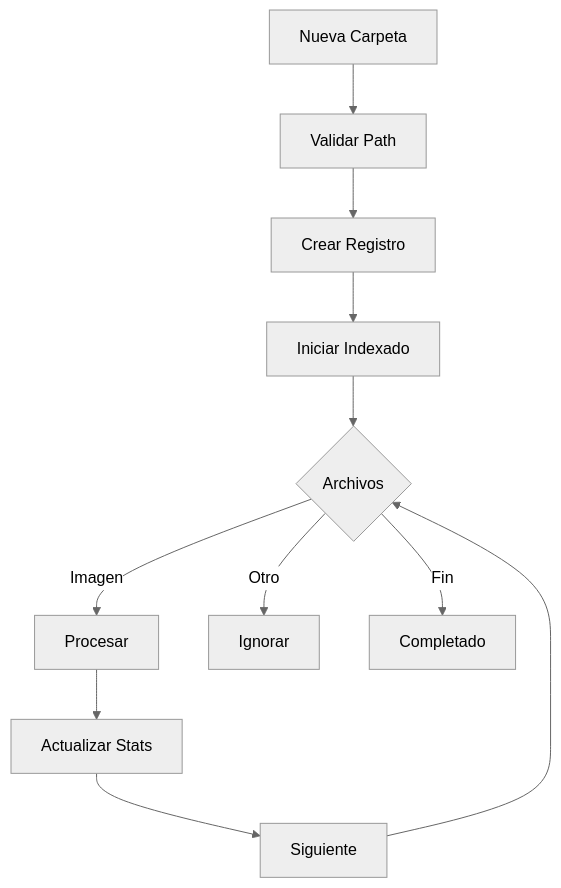
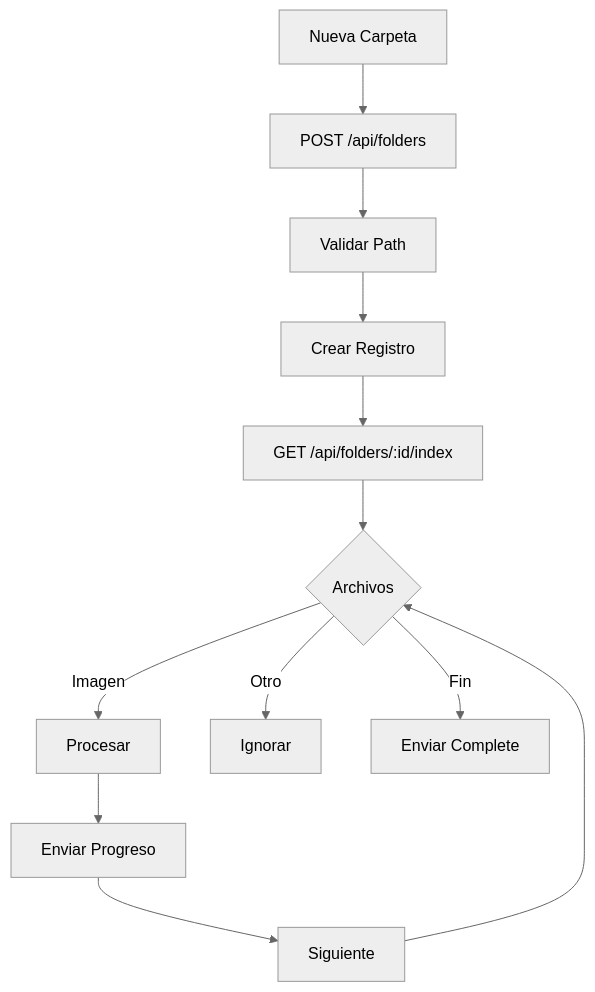
One commit to gvastethecreator/media-manager changed the first of 4 diagrams in docs/services/folder-service.md. Above: the diagram before and after it, drawn with Mermaid (neutral theme). The commit also changed other lines of this file and 4 other files, not shown here.

````diff
--- a/docs/services/folder-service.md
+++ b/docs/services/folder-service.md
@@ -163,13 +237,14 @@
 ```mermaid
 flowchart TD
-    A[Nueva Carpeta] --> B[Validar Path]
-    B --> C[Crear Registro]
-    C --> D[Iniciar Indexado]
-    D --> E{Archivos}
-    E -->|Imagen| F[Procesar]
-    E -->|Otro| G[Ignorar]
-    F --> H[Actualizar Stats]
-    H --> I[Siguiente]
-    I --> E
-    E -->|Fin| J[Completado]
+	A[Nueva Carpeta] --> B[POST /api/folders]
+	B --> C[Validar Path]
+	C --> D[Crear Registro]
+	D --> E[GET /api/folders/:id/index]
+	E --> F{Archivos}
+	F -->|Imagen| G[Procesar]
+	F -->|Otro| H[Ignorar]
+	G --> I[Enviar Progreso]
+	I --> J[Siguiente]
+	J --> F
+	F -->|Fin| K[Enviar Complete]
 ```
````
